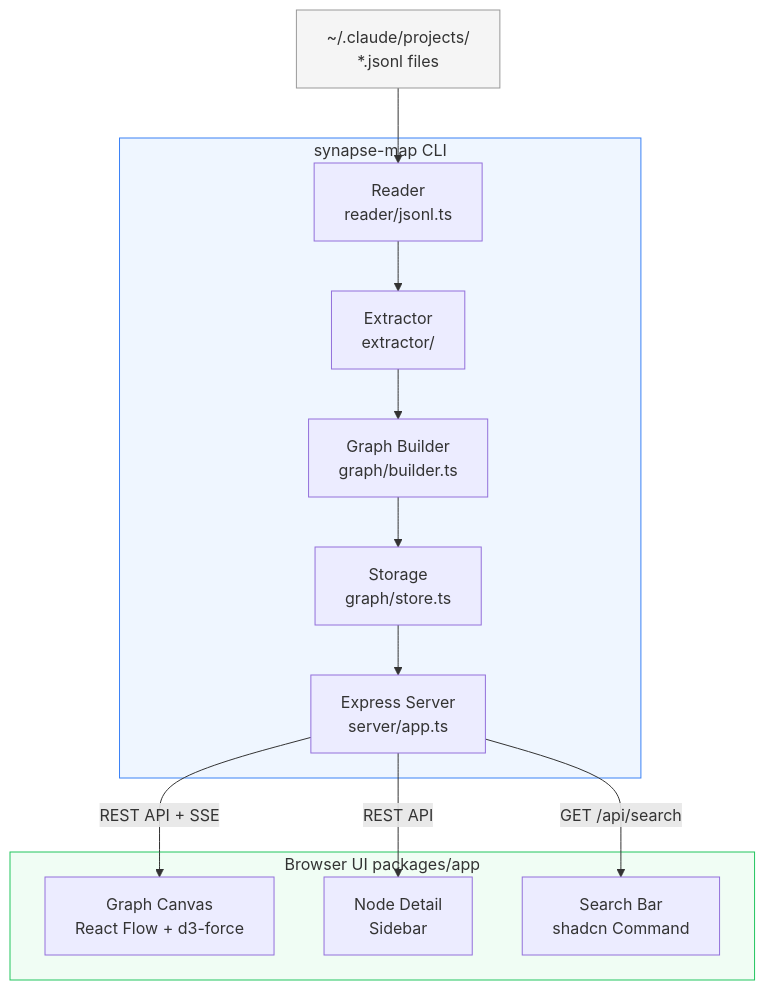
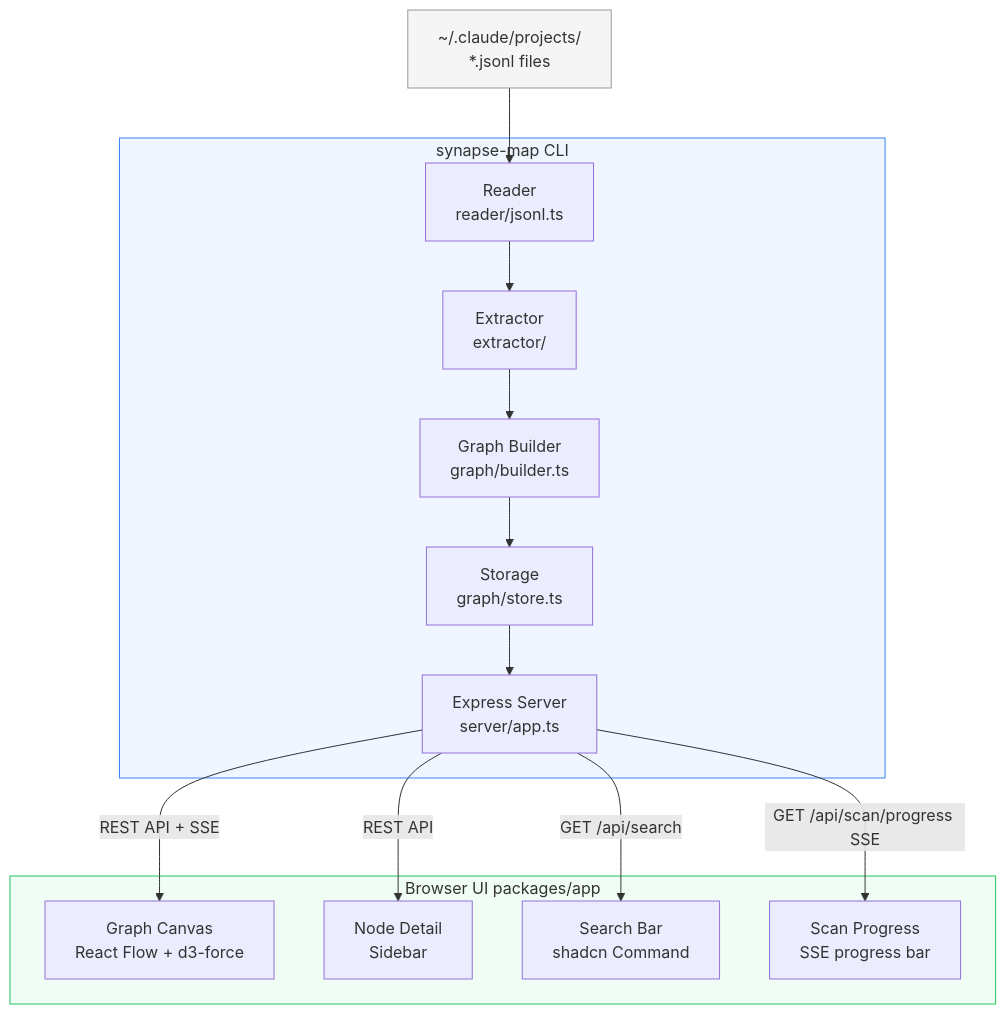
The first of 4 diagrams in docs/ARCHITECTURE.md (ZhannaM85/synapse-map), drawn with Mermaid before and after one commit. The commit also changed other lines of this file, not shown here.

Commit message:
docs: update ARCHITECTURE.md for #21

````diff
--- a/docs/ARCHITECTURE.md
+++ b/docs/ARCHITECTURE.md
@@ -11,26 +11,28 @@
 ```mermaid
 flowchart TD
     A["~/.claude/projects/<br/>*.jsonl files"] --> B
 
     subgraph CLI ["synapse-map CLI"]
         B["Reader<br/>reader/jsonl.ts"]
         B --> C["Extractor<br/>extractor/"]
         C --> D["Graph Builder<br/>graph/builder.ts"]
         D --> E["Storage<br/>graph/store.ts"]
         E --> F["Express Server<br/>server/app.ts"]
     end
 
     subgraph Frontend ["Browser UI  packages/app"]
         G["Graph Canvas<br/>React Flow + d3-force"]
         H["Node Detail<br/>Sidebar"]
         I["Search Bar<br/>shadcn Command"]
+        J["Scan Progress<br/>SSE progress bar"]
     end
 
     F -- "REST API + SSE" --> G
     F -- "REST API" --> H
     F -- "GET /api/search" --> I
+    F -- "GET /api/scan/progress SSE" --> J
 
     style A fill:#f5f5f5,stroke:#999
     style CLI fill:#eff6ff,stroke:#3b82f6
     style Frontend fill:#f0fdf4,stroke:#22c55e
 ```
````
